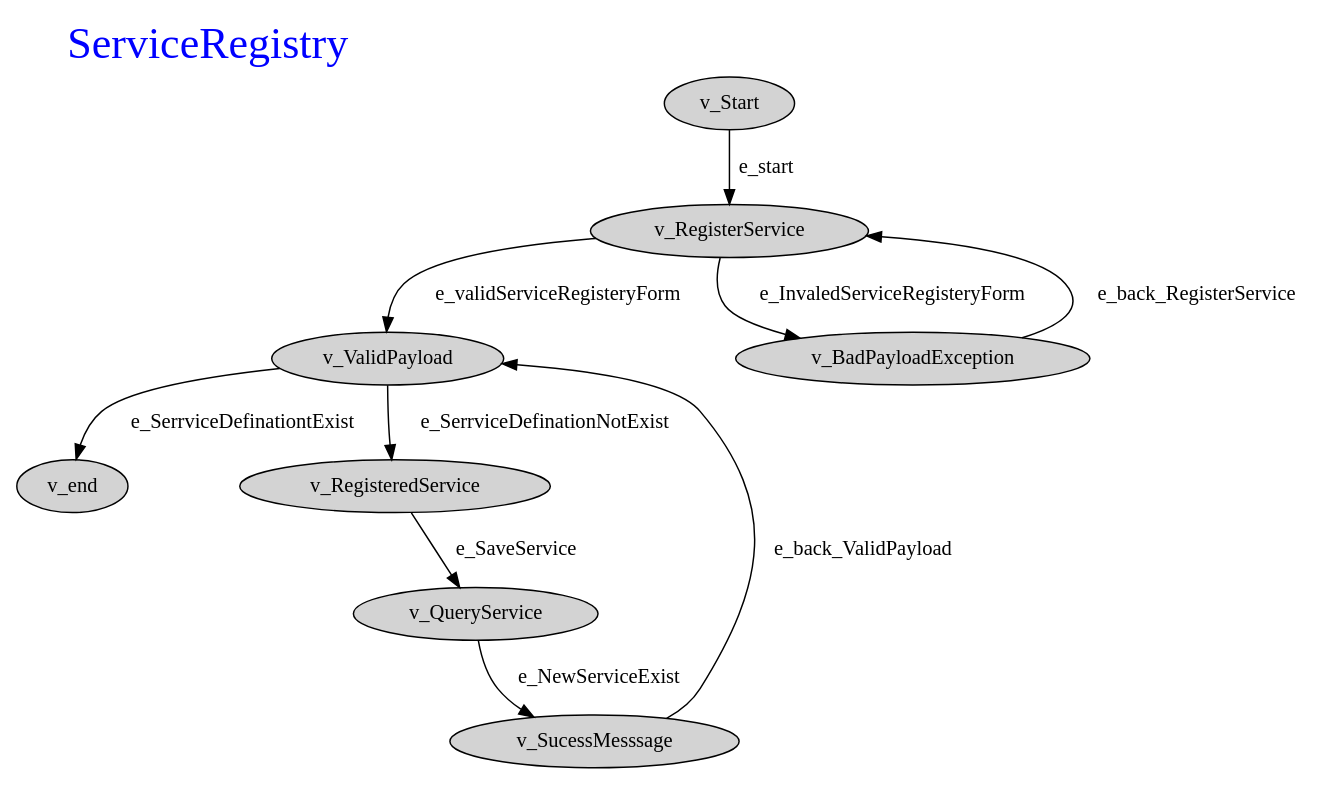
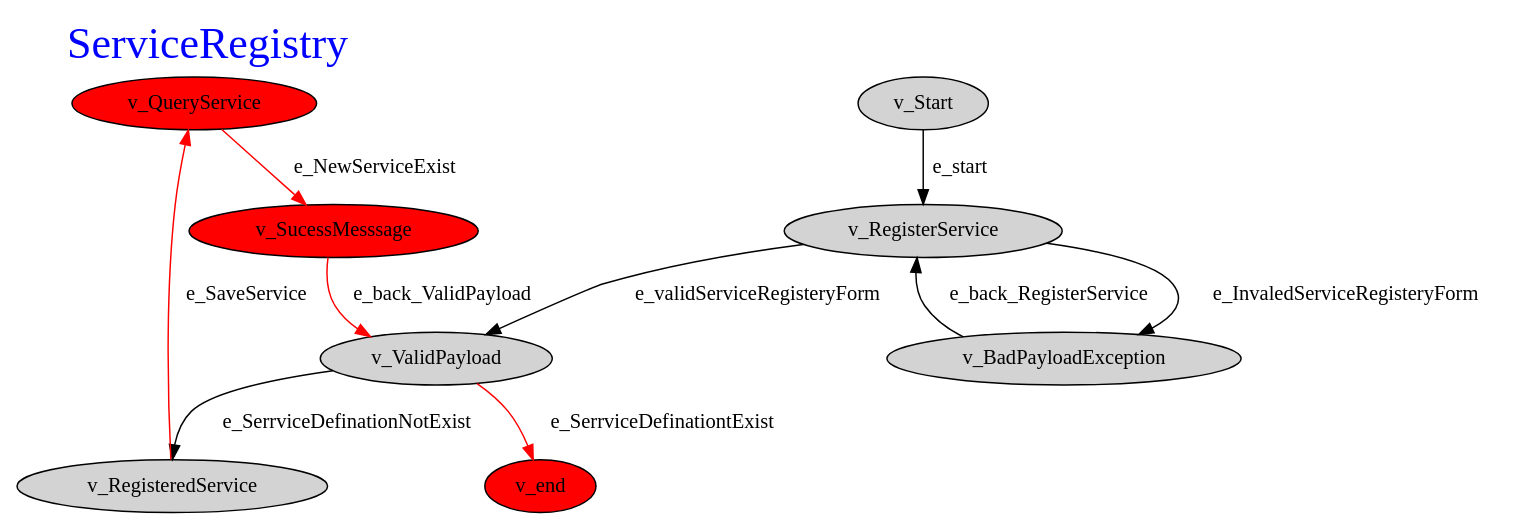
One commit to marozareh/test-arrowhead-graphwalker changed the diagram in Drivers/ServiceRegistry.dot. Above: the diagram before and after it, drawn with Graphviz. The commit also changed 94 other files, not shown here.

```diff
--- a/Drivers/ServiceRegistry.dot
+++ b/Drivers/ServiceRegistry.dot
@@ -1,18 +1,21 @@
 digraph ServiceRegistry{
 rankdir=TB
 label="ServiceRegistry"
 labelloc=top
 labeljust=left
 fontcolor=blue
 node [style=filled]
 fontsize=30
-"v_ValidPayload" -> "v_end" [ label="e_SerrviceDefinationtExist" color="black" ]
-"v_SucessMesssage" -> "v_ValidPayload" [ label="e_back_ValidPayload" color="black" ]
-"v_QueryService" -> "v_SucessMesssage" [ label="e_NewServiceExist" color="black" ]
-"v_RegisteredService" -> "v_QueryService" [ label="e_SaveService" color="black" ]
+"v_QueryService" [fillcolor=red]
+"v_SucessMesssage" [fillcolor=red]
+"v_end" [fillcolor=red]
+"v_ValidPayload" -> "v_end" [ label="e_SerrviceDefinationtExist" color="red" ]
+"v_SucessMesssage" -> "v_ValidPayload" [ label="e_back_ValidPayload" color="red" ]
+"v_QueryService" -> "v_SucessMesssage" [ label="e_NewServiceExist" color="red" ]
+"v_RegisteredService" -> "v_QueryService" [ label="e_SaveService" color="red" ]
 "v_ValidPayload" -> "v_RegisteredService" [ label="e_SerrviceDefinationNotExist" color="black" ]
 "v_RegisterService" -> "v_ValidPayload" [ label="e_validServiceRegisteryForm" color="black" ]
 "v_Start" -> "v_RegisterService" [ label="e_start" color="black" ]
 "v_BadPayloadException" -> "v_RegisterService" [ label="e_back_RegisterService" color="black" ]
 "v_RegisterService" -> "v_BadPayloadException" [ label="e_InvaledServiceRegisteryForm" color="black" ]
 }
```
